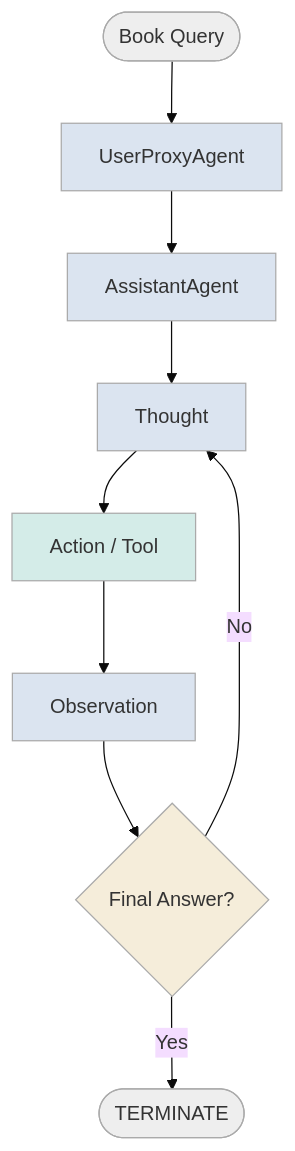
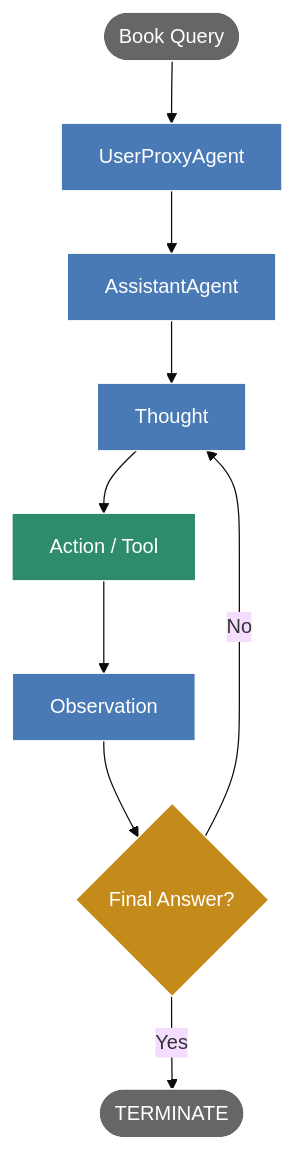
The diagram in reasoning/[react]-[ag2]-[ollama]/README.md (inbravo/agent-bench), drawn with Mermaid (base theme) before and after one commit. The commit also changed 10 other files, not shown here.

First line of the commit message:
fix: improve Mermaid diagram contrast for GitHub dark mode

````diff
--- a/reasoning/[react]-[ag2]-[ollama]/README.md
+++ b/reasoning/[react]-[ag2]-[ollama]/README.md
@@ -13,20 +13,20 @@
 ```mermaid
 flowchart TD
     A([Book Query]) --> B[UserProxyAgent]
     B --> C[AssistantAgent]
     C --> D[Thought]
     D --> E[Action / Tool]
     E --> F[Observation]
     F --> G{Final Answer?}
     G -- No --> D
     G -- Yes --> H([TERMINATE])
 
-    style A fill:#eeeeee,stroke:#aaa
-    style B fill:#dbe4f0,stroke:#aaa
-    style C fill:#dbe4f0,stroke:#aaa
-    style D fill:#dbe4f0,stroke:#aaa
-    style E fill:#d4ece8,stroke:#aaa
-    style F fill:#dbe4f0,stroke:#aaa
-    style G fill:#f5edda,stroke:#aaa
-    style H fill:#eeeeee,stroke:#aaa
+    style A fill:#666666,stroke:#fff,color:#fff
+    style B fill:#4a7ab5,stroke:#fff,color:#fff
+    style C fill:#4a7ab5,stroke:#fff,color:#fff
+    style D fill:#4a7ab5,stroke:#fff,color:#fff
+    style E fill:#2e8b6e,stroke:#fff,color:#fff
+    style F fill:#4a7ab5,stroke:#fff,color:#fff
+    style G fill:#c48a1a,stroke:#fff,color:#fff
+    style H fill:#666666,stroke:#fff,color:#fff
 ```
````
